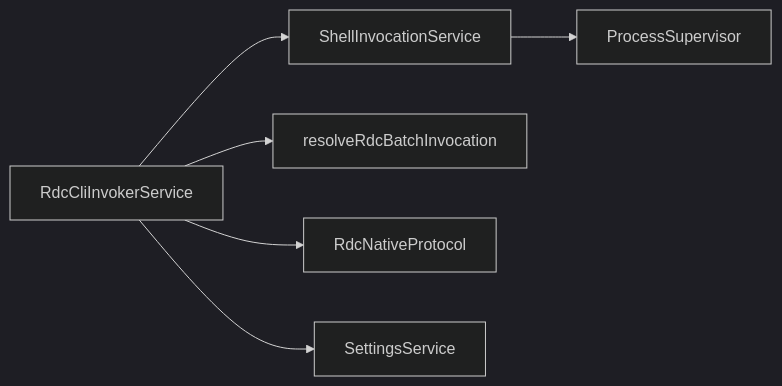
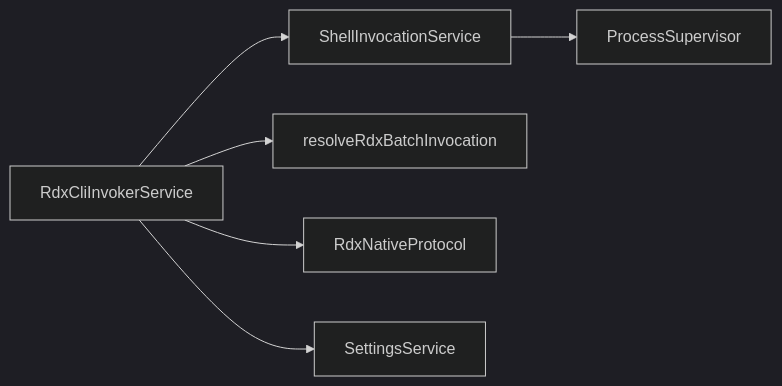
One commit to haolange/RDC-Agent changed the fifth of 5 diagrams in .qoder/repowiki/zh/content/API 参考/工具 API/CLI 工具接口.md. Above: the diagram before and after it, drawn with Mermaid (dark theme). The commit also changed other lines of this file and 150 other files, not shown here.

````diff
--- a/.qoder/repowiki/zh/content/API 参考/工具 API/CLI 工具接口.md
+++ b/.qoder/repowiki/zh/content/API 参考/工具 API/CLI 工具接口.md
@@ -191,8 +191,8 @@
 ```mermaid
 graph LR
-S["RdcCliInvokerService"] --> SS["ShellInvocationService"]
-S --> RP["resolveRdcBatchInvocation"]
-S --> NP["RdcNativeProtocol"]
+S["RdxCliInvokerService"] --> SS["ShellInvocationService"]
+S --> RP["resolveRdxBatchInvocation"]
+S --> NP["RdxNativeProtocol"]
 S --> ST["SettingsService"]
 SS --> PS["ProcessSupervisor"]
 ```
````
